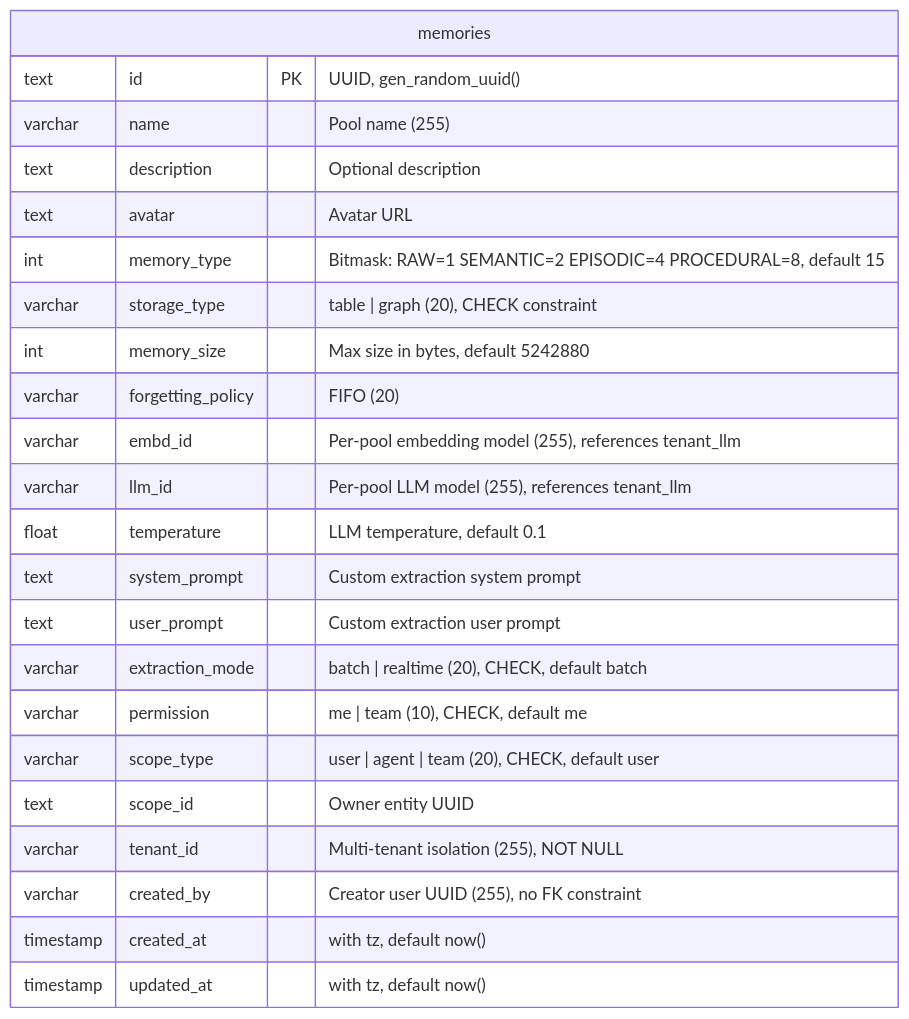
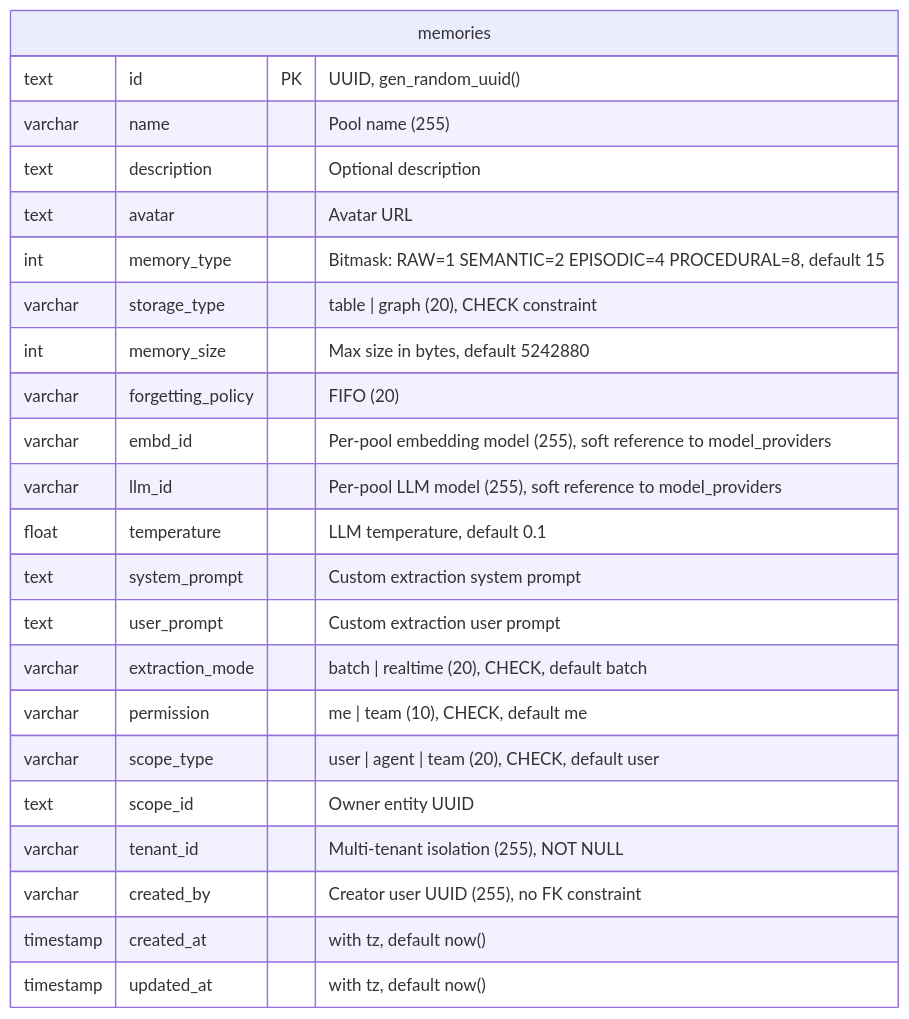
One commit to b-knowledge-solution/b-knowledge changed the second of 3 diagrams in docs/basic-design/database/database-design-agents-memory.md. Above: the diagram before and after it, drawn with Mermaid. The commit also changed other lines of this file and 83 other files, not shown here.

````diff
--- a/docs/basic-design/database/database-design-agents-memory.md
+++ b/docs/basic-design/database/database-design-agents-memory.md
@@ -104,26 +104,26 @@
 ```mermaid
 erDiagram
     memories {
         text id PK "UUID, gen_random_uuid()"
         varchar name "Pool name (255)"
         text description "Optional description"
         text avatar "Avatar URL"
         int memory_type "Bitmask: RAW=1 SEMANTIC=2 EPISODIC=4 PROCEDURAL=8, default 15"
         varchar storage_type "table | graph (20), CHECK constraint"
         int memory_size "Max size in bytes, default 5242880"
         varchar forgetting_policy "FIFO (20)"
-        varchar embd_id "Per-pool embedding model (255), references tenant_llm"
-        varchar llm_id "Per-pool LLM model (255), references tenant_llm"
+        varchar embd_id "Per-pool embedding model (255), soft reference to model_providers"
+        varchar llm_id "Per-pool LLM model (255), soft reference to model_providers"
         float temperature "LLM temperature, default 0.1"
         text system_prompt "Custom extraction system prompt"
         text user_prompt "Custom extraction user prompt"
         varchar extraction_mode "batch | realtime (20), CHECK, default batch"
         varchar permission "me | team (10), CHECK, default me"
         varchar scope_type "user | agent | team (20), CHECK, default user"
         text scope_id "Owner entity UUID"
         varchar tenant_id "Multi-tenant isolation (255), NOT NULL"
         varchar created_by "Creator user UUID (255), no FK constraint"
         timestamp created_at "with tz, default now()"
         timestamp updated_at "with tz, default now()"
     }
 ```
````
